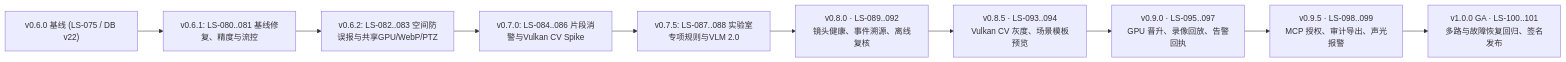
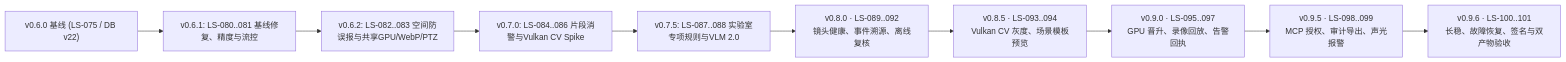
One commit to windyxyz/LabSentinel changed the first of 2 diagrams in docs/plan/v1.0.0-roadmap.md. Above: the diagram before and after it, drawn with Mermaid. The commit also changed other lines of this file and 13 other files, not shown here.

Commit message:
feat: version dataset exports and retarget roadmap to 0.9.6

````diff
--- a/docs/plan/v1.0.0-roadmap.md
+++ b/docs/plan/v1.0.0-roadmap.md
@@ -72,12 +72,12 @@
 ```mermaid
 flowchart LR
     V060["v0.6.0 基线 (LS-075 / DB v22)"] --> V061["v0.6.1: LS-080..081 基线修复、精度与流控"]
     V061 --> V062["v0.6.2: LS-082..083 空间防误报与共享GPU/WebP/PTZ"]
     V062 --> V070["v0.7.0: LS-084..086 片段消警与Vulkan CV Spike"]
     V070 --> V075["v0.7.5: LS-087..088 实验室专项规则与VLM 2.0"]
     V075 --> V080["v0.8.0 · LS-089..092<br/>镜头健康、事件溯源、离线复核"]
     V080 --> V085["v0.8.5 · LS-093..094<br/>Vulkan CV 灰度、场景模板预览"]
     V085 --> V090["v0.9.0 · LS-095..097<br/>GPU 晋升、录像回放、告警回执"]
     V090 --> V095["v0.9.5 · LS-098..099<br/>MCP 授权、审计导出、声光报警"]
-    V095 --> V100["v1.0.0 GA · LS-100..101<br/>多路与故障恢复回归、签名发布"]
+    V095 --> V096["v0.9.6 · LS-100..101<br/>长稳、故障恢复、签名与双产物验收"]
 ```
````
